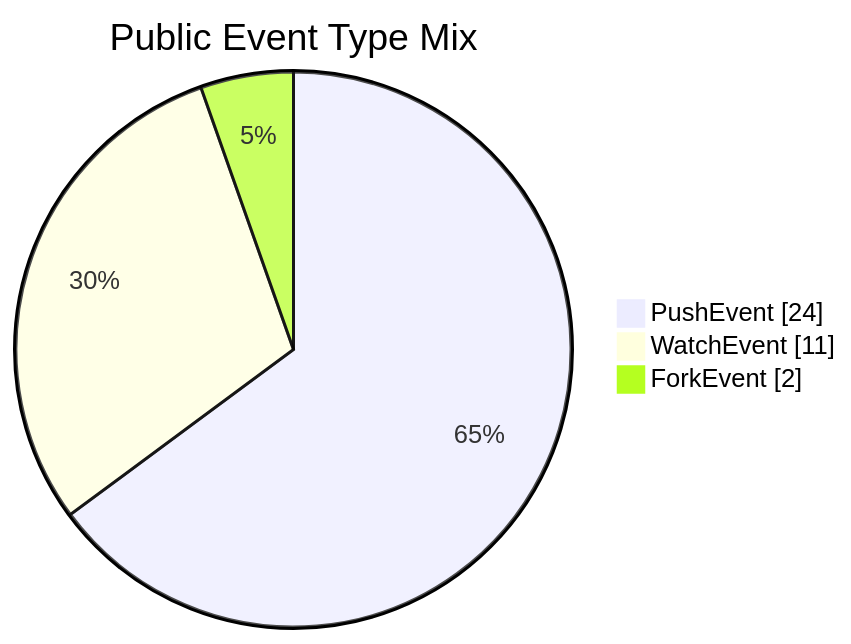
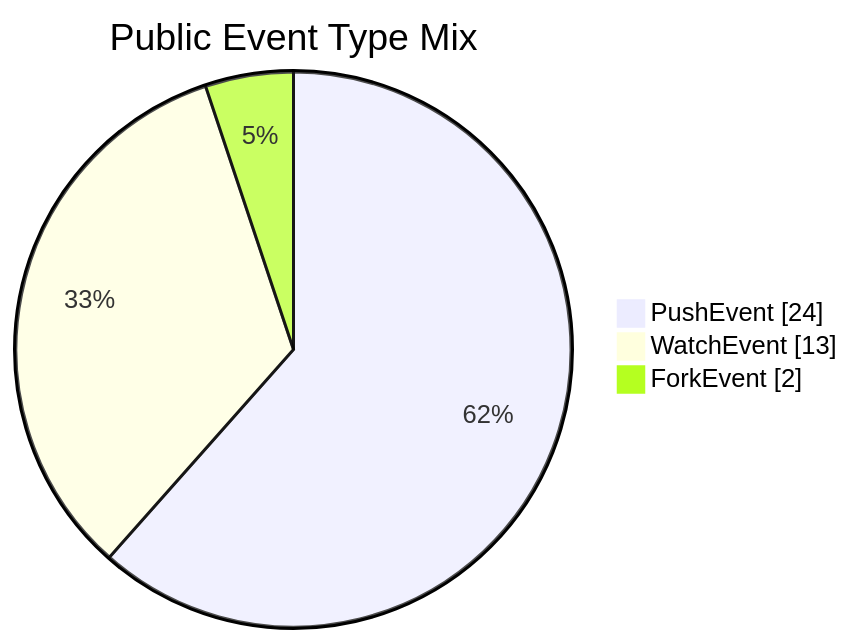
One commit to manhquydev/manhquydev changed the second of 2 diagrams in README.md. Above: the diagram before and after it, drawn with Mermaid. The commit also changed other lines of this file and 4 other files, not shown here.

````diff
--- a/README.md
+++ b/README.md
@@ -136,7 +136,7 @@
 ```mermaid
 pie showData
   title Public Event Type Mix
   "PushEvent" : 24
-  "WatchEvent" : 11
+  "WatchEvent" : 13
   "ForkEvent" : 2
 ```
````
